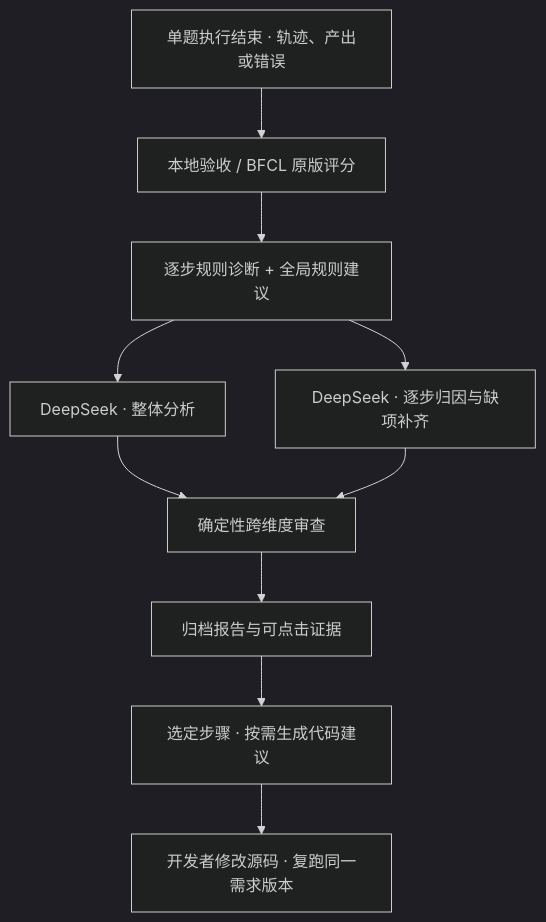
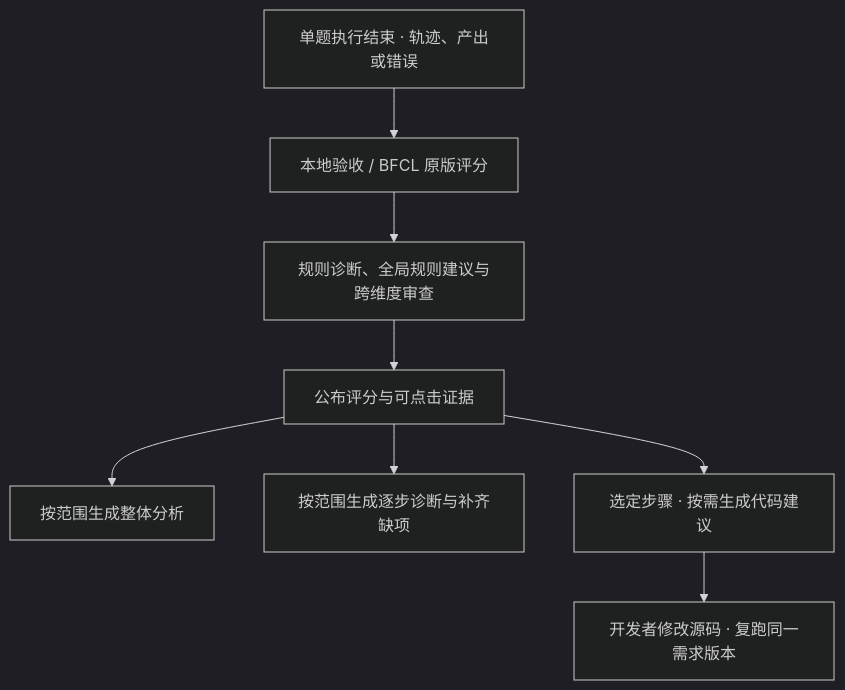
One commit to SakanaYdy/Agent-Workbench changed the second of 2 diagrams in README.md. Above: the diagram before and after it, drawn with Mermaid (dark theme). The commit also changed other lines of this file and 10 other files, not shown here.

````diff
--- a/README.md
+++ b/README.md
@@ -146,12 +148,10 @@
 ```mermaid
 flowchart TD
     Run["单题执行结束 · 轨迹、产出或错误"] --> Grade["本地验收 / BFCL 原版评分"]
-    Grade --> Rules["逐步规则诊断 + 全局规则建议"]
-    Rules --> Overall["DeepSeek · 整体分析"]
-    Rules --> Steps["DeepSeek · 逐步归因与缺项补齐"]
-    Overall --> Review["确定性跨维度审查"]
-    Steps --> Review
-    Review --> Store["归档报告与可点击证据"]
+    Grade --> Rules["规则诊断、全局规则建议与跨维度审查"]
+    Rules --> Store["公布评分与可点击证据"]
+    Store --> Overall["按范围生成整体分析"]
+    Store --> Steps["按范围生成逐步诊断与补齐缺项"]
     Store --> Code["选定步骤 · 按需生成代码建议"]
     Code --> Recheck["开发者修改源码 · 复跑同一需求版本"]
 ```
````
